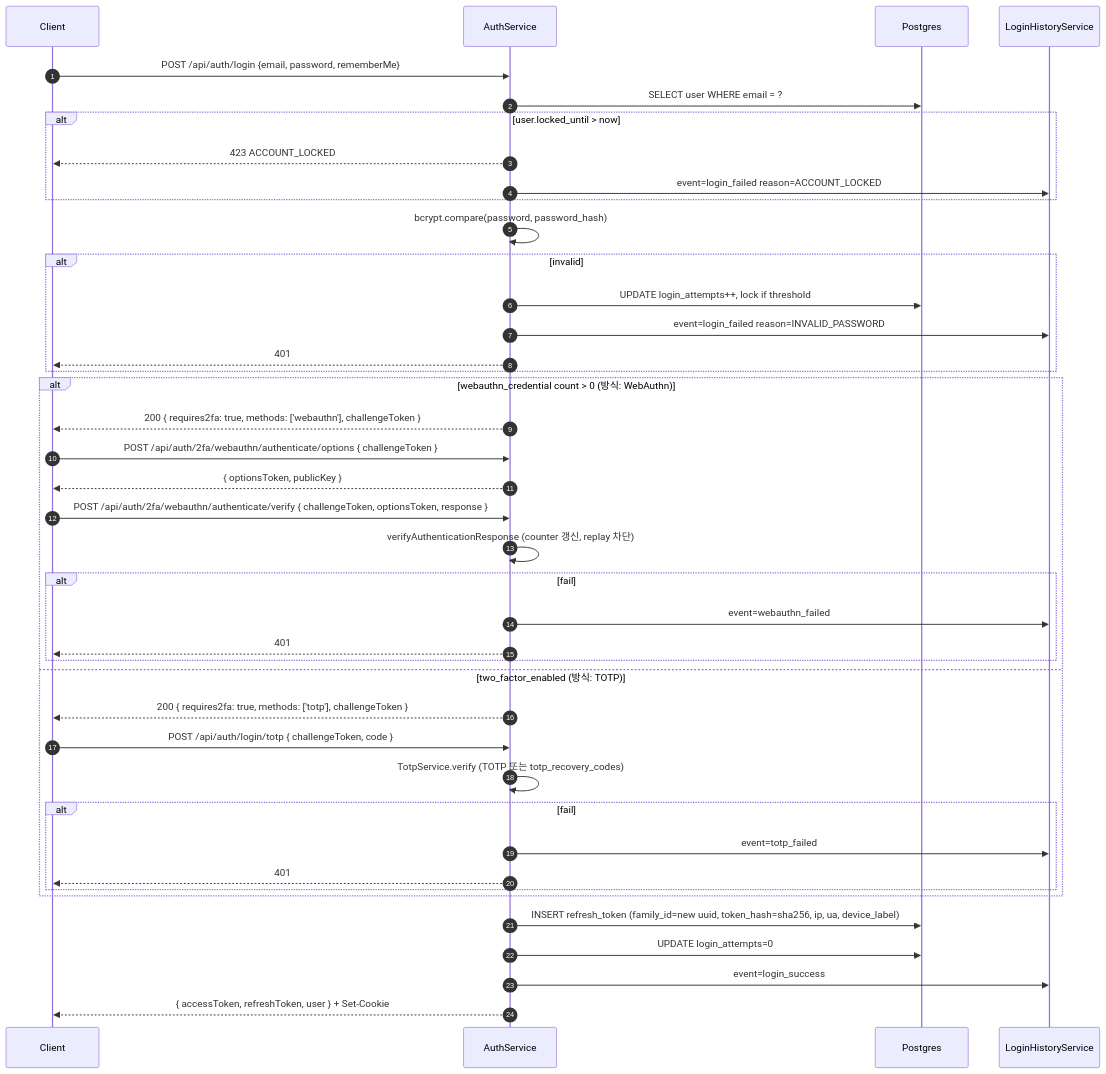
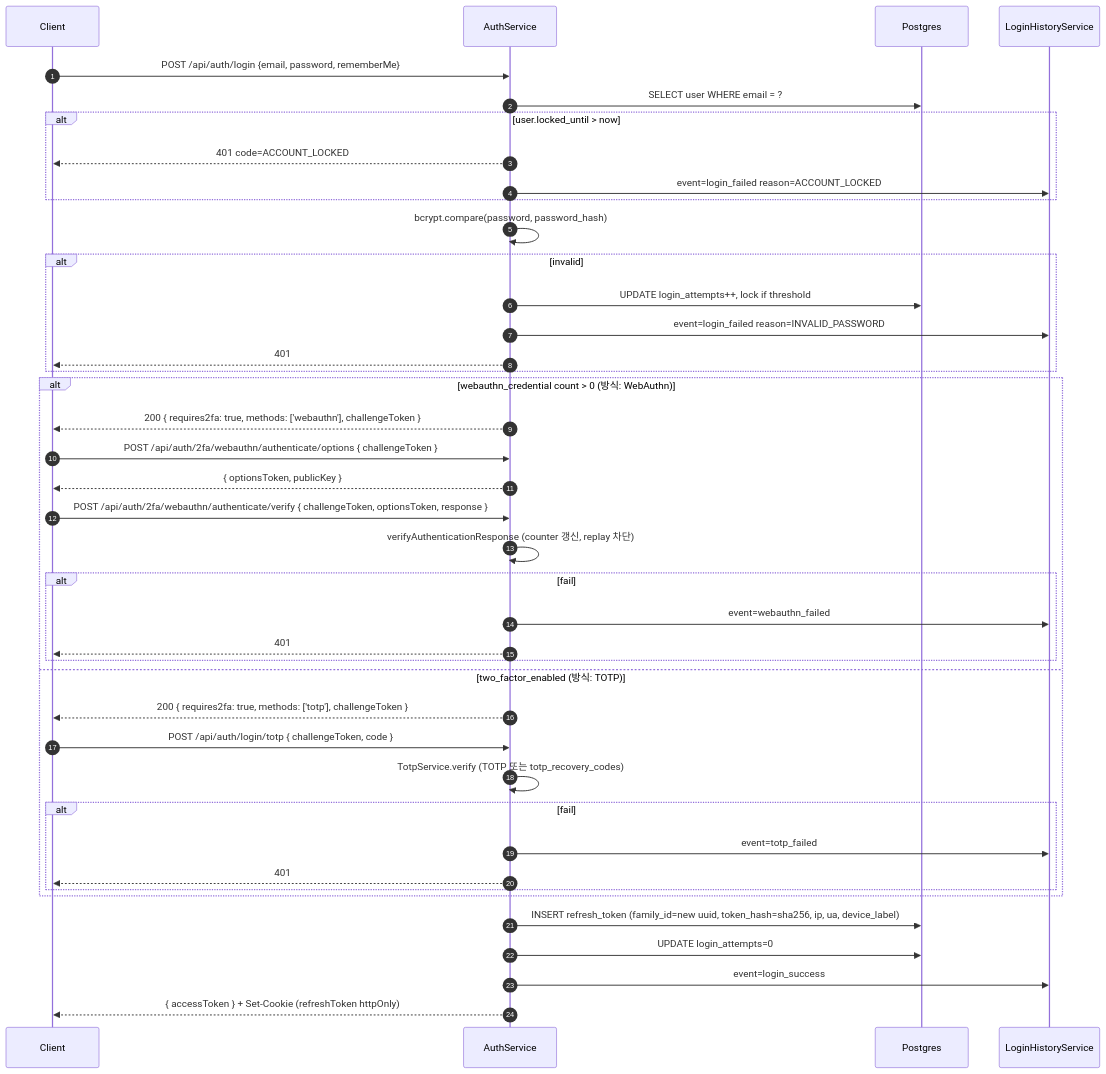
One commit to worker-ants/clemvion changed the second of 6 diagrams in spec/data-flow/2-auth.md. Above: the diagram before and after it, drawn with Mermaid. The commit also changed other lines of this file and 186 other files, not shown here.

````diff
--- a/spec/data-flow/2-auth.md
+++ b/spec/data-flow/2-auth.md
@@ -54,44 +57,44 @@
 ```mermaid
 sequenceDiagram
   autonumber
   participant C as Client
   participant Svc as AuthService
   participant PG as Postgres
   participant Hist as LoginHistoryService
 
   C->>Svc: POST /api/auth/login {email, password, rememberMe}
   Svc->>PG: SELECT user WHERE email = ?
   alt user.locked_until > now
-    Svc-->>C: 423 ACCOUNT_LOCKED
+    Svc-->>C: 401 code=ACCOUNT_LOCKED
     Svc->>Hist: event=login_failed reason=ACCOUNT_LOCKED
   end
   Svc->>Svc: bcrypt.compare(password, password_hash)
   alt invalid
     Svc->>PG: UPDATE login_attempts++, lock if threshold
     Svc->>Hist: event=login_failed reason=INVALID_PASSWORD
     Svc-->>C: 401
   end
   alt webauthn_credential count > 0 (방식: WebAuthn)
     Svc-->>C: 200 { requires2fa: true, methods: ['webauthn'], challengeToken }
     C->>Svc: POST /api/auth/2fa/webauthn/authenticate/options { challengeToken }
     Svc-->>C: { optionsToken, publicKey }
     C->>Svc: POST /api/auth/2fa/webauthn/authenticate/verify { challengeToken, optionsToken, response }
     Svc->>Svc: verifyAuthenticationResponse (counter 갱신, replay 차단)
     alt fail
       Svc->>Hist: event=webauthn_failed
       Svc-->>C: 401
     end
   else two_factor_enabled (방식: TOTP)
     Svc-->>C: 200 { requires2fa: true, methods: ['totp'], challengeToken }
     C->>Svc: POST /api/auth/login/totp { challengeToken, code }
     Svc->>Svc: TotpService.verify (TOTP 또는 totp_recovery_codes)
     alt fail
       Svc->>Hist: event=totp_failed
       Svc-->>C: 401
     end
   end
   Svc->>PG: INSERT refresh_token (family_id=new uuid, token_hash=sha256, ip, ua, device_label)
   Svc->>PG: UPDATE login_attempts=0
   Svc->>Hist: event=login_success
-  Svc-->>C: { accessToken, refreshToken, user } + Set-Cookie
+  Svc-->>C: { accessToken } + Set-Cookie (refreshToken httpOnly)
 ```
````
